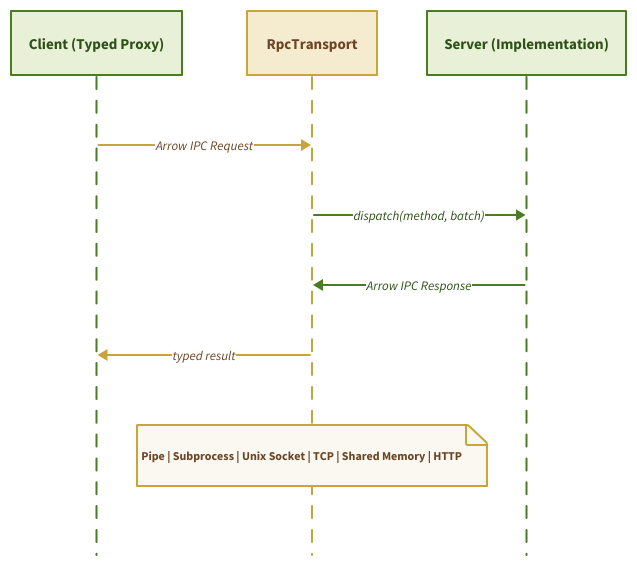
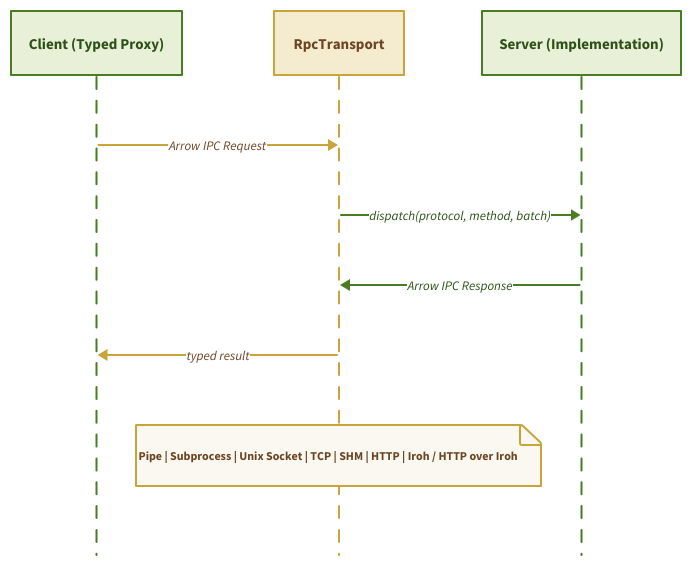
Before and after one commit to Query-farm/vgi-rpc-website: the diagram in src/diagrams/transport-overview.d2, drawn with D2. The commit also changed 17 other files, not shown here.

```diff
--- a/src/diagrams/transport-overview.d2
+++ b/src/diagrams/transport-overview.d2
@@ -1,62 +1,62 @@
 shape: sequence_diagram
 
 client: Client (Typed Proxy) {
   style: {
     fill: "#e8f0d8"
     stroke: "#4a7c23"
     font-color: "#2d5016"
     bold: true
     font-size: 15
   }
 }
 
 transport: RpcTransport {
   style: {
     fill: "#f5ecd0"
     stroke: "#c8a43a"
     font-color: "#6b4423"
     bold: true
     font-size: 15
   }
 }
 
 server: Server (Implementation) {
   style: {
     fill: "#e8f0d8"
     stroke: "#4a7c23"
     font-color: "#2d5016"
     bold: true
     font-size: 15
   }
 }
 
 client -> transport: Arrow IPC Request {
   style.stroke: "#c8a43a"
   style.font-color: "#6b4423"
   style.font-size: 13
 }
-transport -> server: dispatch(method, batch) {
+transport -> server: dispatch(protocol, method, batch) {
   style.stroke: "#4a7c23"
   style.font-color: "#2d5016"
   style.font-size: 13
 }
 server -> transport: Arrow IPC Response {
   style.stroke: "#4a7c23"
   style.font-color: "#2d5016"
   style.font-size: 13
 }
 transport -> client: typed result {
   style.stroke: "#c8a43a"
   style.font-color: "#6b4423"
   style.font-size: 13
 }
 
-transport."Pipe | Subprocess | Unix Socket | TCP | Shared Memory | HTTP" {
+transport."Pipe | Subprocess | Unix Socket | TCP | SHM | HTTP | Iroh / HTTP over Iroh" {
   style: {
     fill: "#faf8f0"
     stroke: "#c8a43a"
     font-color: "#6b4423"
     font-size: 12
     bold: true
   }
 }
```
